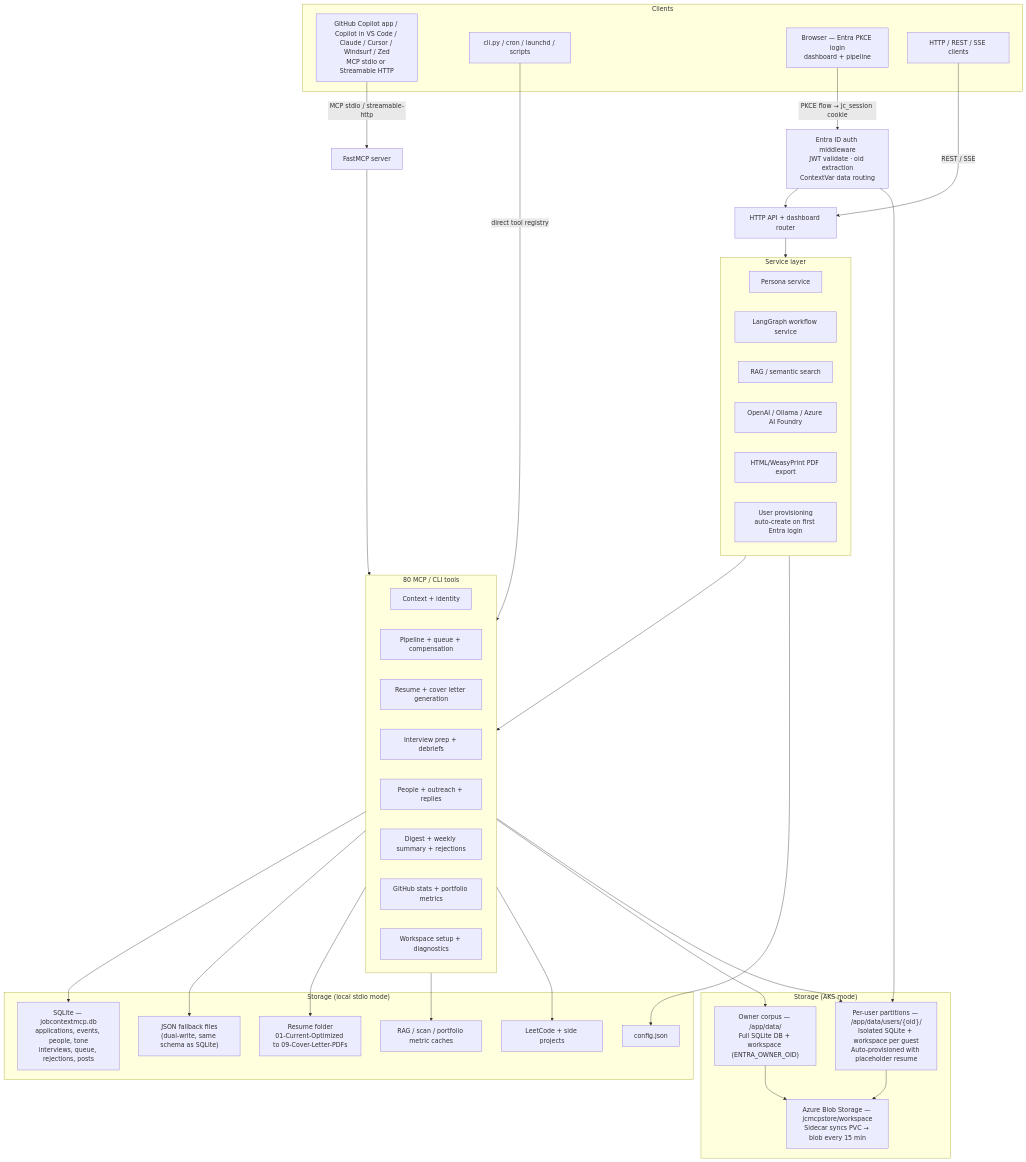
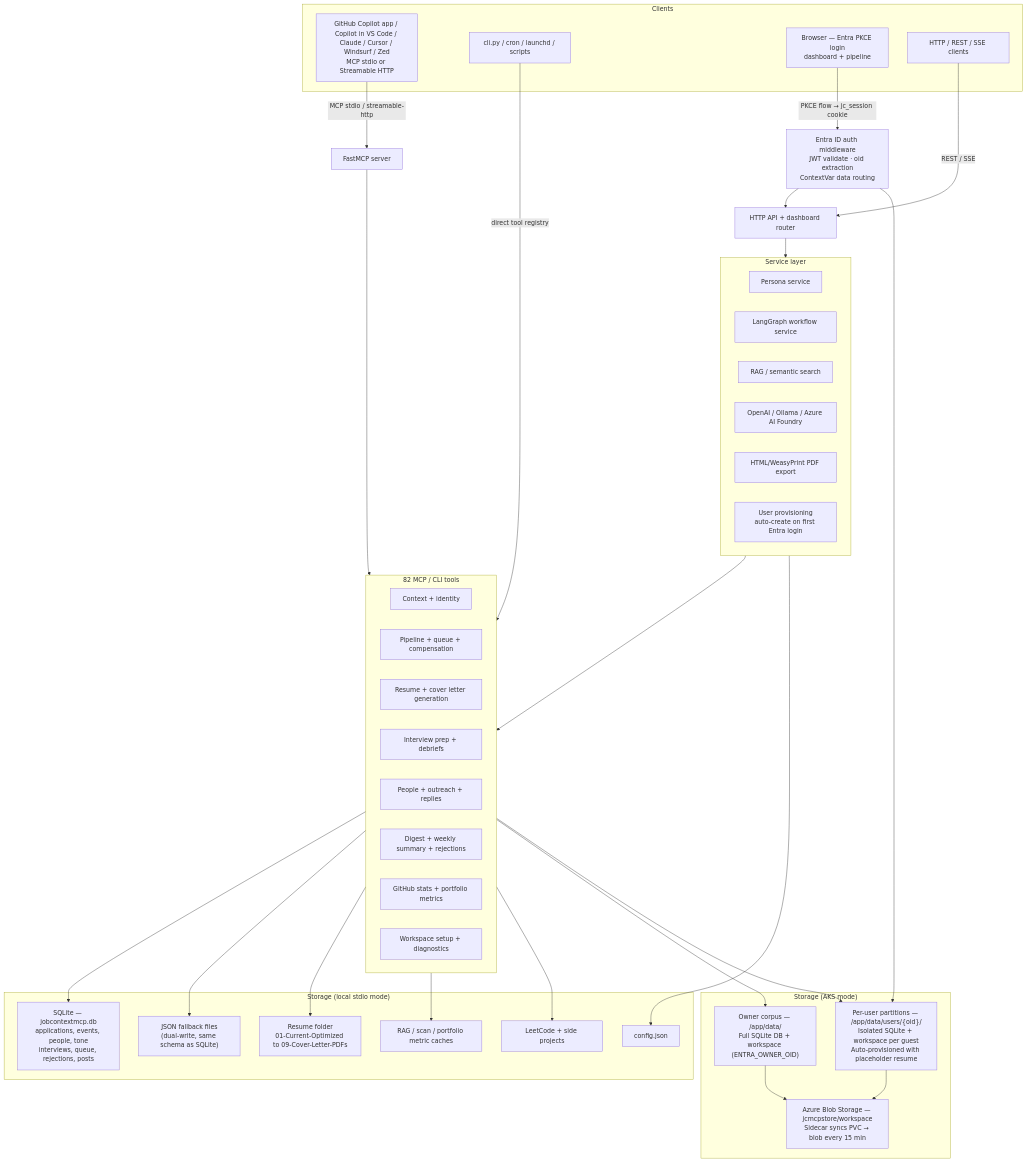
The first of 3 diagrams in README.md (JustLikeFrank3/jobContextMCP), drawn with Mermaid before and after one commit. The commit also changed other lines of this file, not shown here.

````diff
--- a/README.md
+++ b/README.md
@@ -143,66 +143,66 @@
 ```mermaid
 graph TB
   subgraph CLIENTS["Clients"]
     COPILOT["GitHub Copilot app / Copilot in VS Code / Claude / Cursor / Windsurf / Zed\nMCP stdio or Streamable HTTP"]
     CLI["cli.py / cron / launchd / scripts"]
     DASH["Browser — Entra PKCE login\ndashboard + pipeline"]
     HTTPCLIENT["HTTP / REST / SSE clients"]
   end
 
   COPILOT -->|"MCP stdio / streamable-http"| MCP["FastMCP server"]
   CLI -->|"direct tool registry"| TOOLS
   DASH -->|"PKCE flow → jc_session cookie"| ENTRA["Entra ID auth middleware\nJWT validate · oid extraction\nContextVar data routing"]
   HTTPCLIENT -->|"REST / SSE"| HTTP["HTTP API + dashboard router"]
   ENTRA --> HTTP
 
   HTTP --> SERVICES
   MCP --> TOOLS
   SERVICES --> TOOLS
 
   subgraph SERVICES["Service layer"]
     PERSONA["Persona service"]
     WORKFLOW["LangGraph workflow service"]
     RAG["RAG / semantic search"]
     LLM["OpenAI / Ollama / Azure AI Foundry"]
     PDF["HTML/WeasyPrint PDF export"]
     PROV["User provisioning\nauto-create on first Entra login"]
   end
 
-  subgraph TOOLS["80 MCP / CLI tools"]
+  subgraph TOOLS["82 MCP / CLI tools"]
     CTX["Context + identity"]
     PIPE["Pipeline + queue + compensation"]
     DOCS["Resume + cover letter generation"]
     INTERVIEW["Interview prep + debriefs"]
     OUTREACH["People + outreach + replies"]
     ANALYTICS["Digest + weekly summary + rejections"]
     PORTFOLIO["GitHub stats + portfolio metrics"]
     SETUP["Workspace setup + diagnostics"]
   end
 
   subgraph FILES["Storage (local stdio mode)"]
     CONFIG["config.json"]
     SQLITE["SQLite — jobcontextmcp.db\napplications, events, people, tone\ninterviews, queue, rejections, posts"]
     DATA["JSON fallback files\n(dual-write, same schema as SQLite)"]
     MATERIALS["Resume folder\n01-Current-Optimized to 09-Cover-Letter-PDFs"]
     INDEX["RAG / scan / portfolio metric caches"]
     PROJECTS["LeetCode + side projects"]
   end
 
   subgraph AKS_FILES["Storage (AKS mode)"]
     AKS_OWNER["Owner corpus — /app/data/\nFull SQLite DB + workspace (ENTRA_OWNER_OID)"]
     AKS_USERS["Per-user partitions — /app/data/users/{oid}/\nIsolated SQLite + workspace per guest\nAuto-provisioned with placeholder resume"]
     BLOB["Azure Blob Storage — jcmcpstore/workspace\nSidecar syncs PVC → blob every 15 min"]
   end
 
   SERVICES --> CONFIG
   TOOLS --> SQLITE
   TOOLS --> DATA
   TOOLS --> MATERIALS
   TOOLS --> INDEX
   TOOLS --> PROJECTS
   TOOLS --> AKS_OWNER
   TOOLS --> AKS_USERS
   ENTRA --> AKS_USERS
   AKS_OWNER --> BLOB
   AKS_USERS --> BLOB
 ```
````
